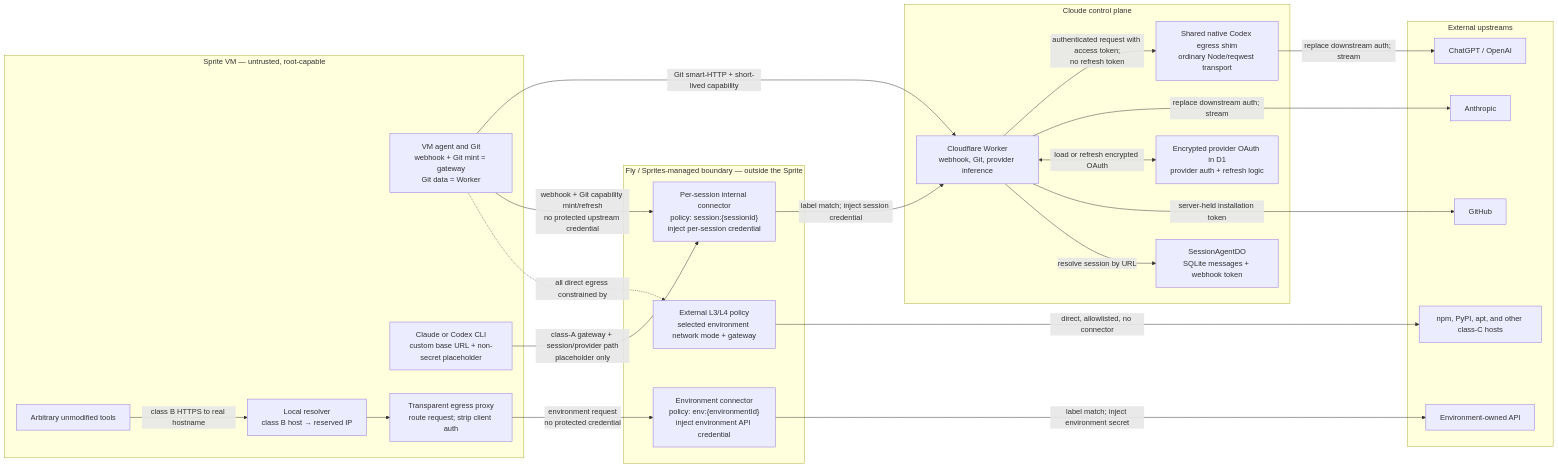
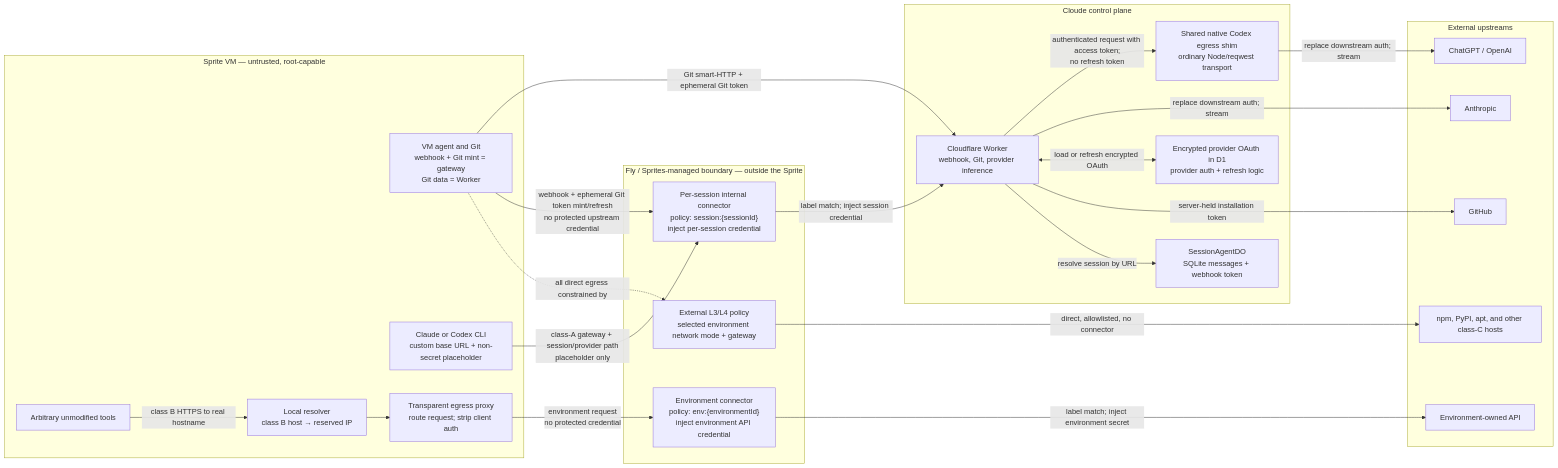
One commit to benedelstein/My-Machines changed the first of 6 diagrams in openspec/changes/automate-sprites-custom-connectors/design.md. Above: the diagram before and after it, drawn with Mermaid. The commit also changed other lines of this file and 19 other files, not shown here.

First line of the commit message:
Rename Git capabilities to ephemeral Git tokens

````diff
--- a/openspec/changes/automate-sprites-custom-connectors/design.md
+++ b/openspec/changes/automate-sprites-custom-connectors/design.md
@@ -114,51 +114,51 @@
 ```mermaid
 flowchart LR
   subgraph sprite["Sprite VM — untrusted, root-capable"]
     agent["VM agent and Git<br/>webhook + Git mint = gateway<br/>Git data = Worker"]
     tools["Arbitrary unmodified tools"]
     providerCli["Claude or Codex CLI<br/>custom base URL + non-secret placeholder"]
     resolver["Local resolver<br/>class B host → reserved IP"]
     proxy["Transparent egress proxy<br/>route request; strip client auth"]
 
     tools -->|"class B HTTPS to real hostname"| resolver
     resolver --> proxy
   end
 
   subgraph sprites["Fly / Sprites-managed boundary — outside the Sprite"]
     networkPolicy["External L3/L4 policy<br/>selected environment network mode + gateway"]
     sessionConnector["Per-session internal connector<br/>policy: session:{sessionId}<br/>inject per-session credential"]
     environmentConnector["Environment connector<br/>policy: env:{environmentId}<br/>inject environment API credential"]
   end
 
   subgraph control["Cloude control plane"]
     worker["Cloudflare Worker<br/>webhook, Git, provider inference"]
     sessionDo["SessionAgentDO<br/>SQLite messages + webhook token"]
     providerStore["Encrypted provider OAuth in D1<br/>provider auth + refresh logic"]
     codexService["Shared native Codex egress shim<br/>ordinary Node/reqwest transport"]
   end
 
   subgraph upstreams["External upstreams"]
     github["GitHub"]
     anthropic["Anthropic"]
     chatgpt["ChatGPT / OpenAI"]
     environmentApi["Environment-owned API"]
     classC["npm, PyPI, apt, and other class-C hosts"]
   end
 
   agent -.->|"all direct egress constrained by"| networkPolicy
-  agent -->|"webhook + Git capability mint/refresh<br/>no protected upstream credential"| sessionConnector
-  agent -->|"Git smart-HTTP + short-lived capability"| worker
+  agent -->|"webhook + ephemeral Git token mint/refresh<br/>no protected upstream credential"| sessionConnector
+  agent -->|"Git smart-HTTP + ephemeral Git token"| worker
   providerCli -->|"class-A gateway + session/provider path<br/>placeholder only"| sessionConnector
   proxy -->|"environment request<br/>no protected credential"| environmentConnector
 
   sessionConnector -->|"label match; inject session credential"| worker
   environmentConnector -->|"label match; inject environment secret"| environmentApi
   networkPolicy -->|"direct, allowlisted, no connector"| classC
 
   worker -->|"resolve session by URL"| sessionDo
   worker -->|"server-held installation token"| github
   worker <-->|"load or refresh encrypted OAuth"| providerStore
   worker -->|"replace downstream auth; stream"| anthropic
   worker -->|"authenticated request with access token;<br/>no refresh token"| codexService
   codexService -->|"replace downstream auth; stream"| chatgpt
 ```
````
